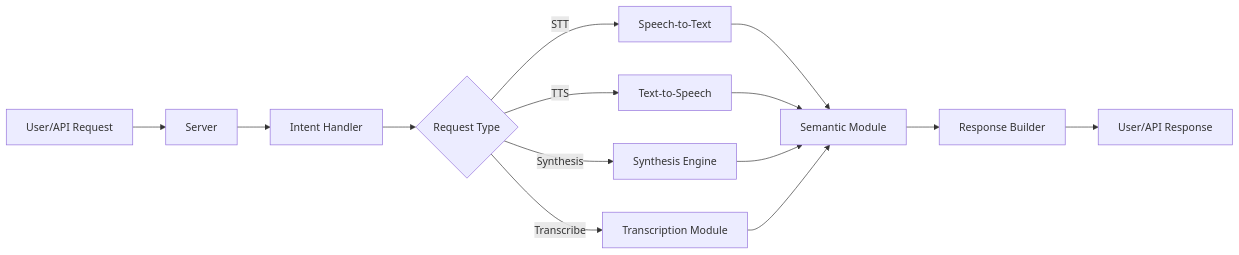
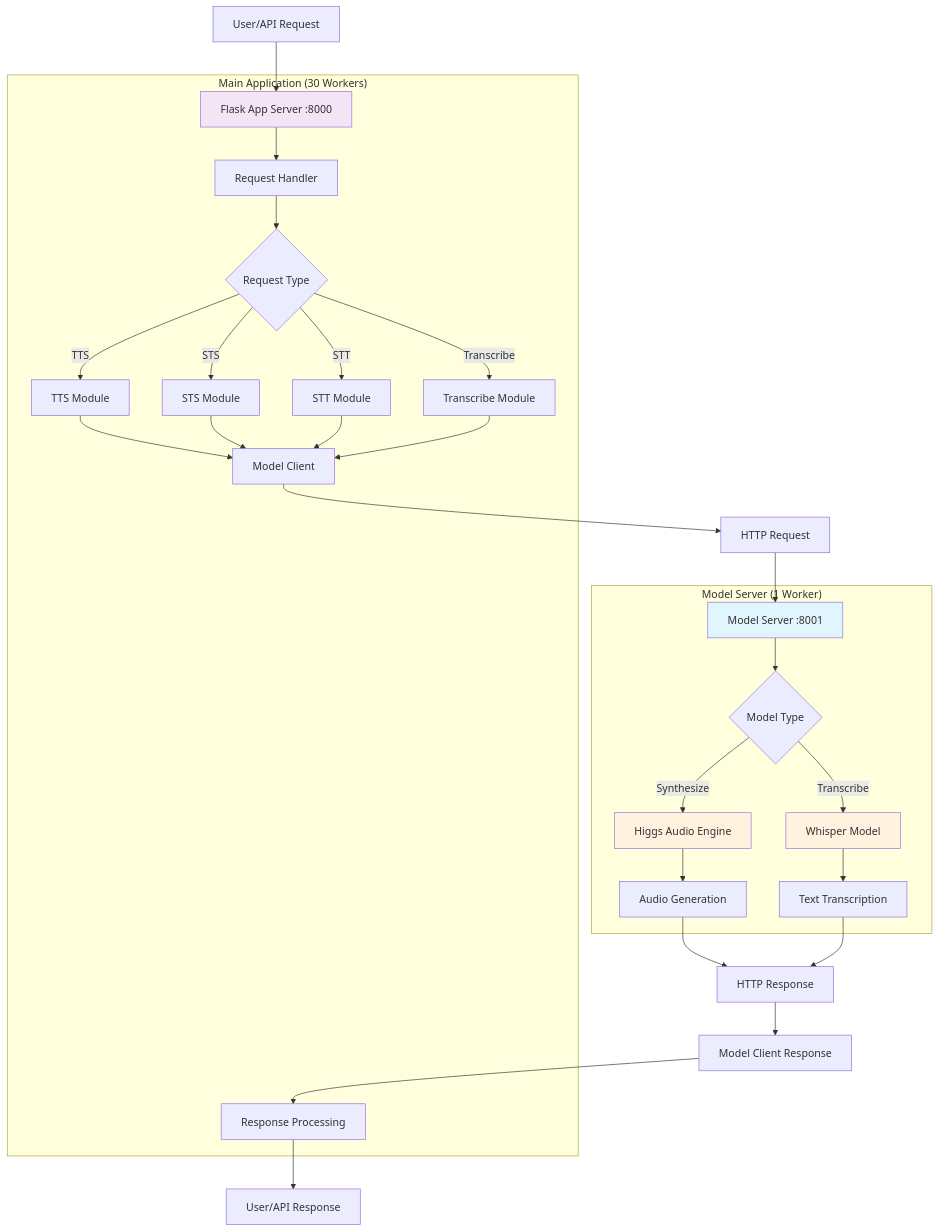
Before and after one commit to shresthashim/elixpo_chapter: the diagram in audio.pollinations/README.md, drawn with Mermaid. The commit also changed other lines of this file, not shown here.

````diff
--- a/audio.pollinations/README.md
+++ b/audio.pollinations/README.md
@@ -27,16 +28,58 @@
 ```mermaid
-flowchart LR
-    A[User/API Request] --> B[Server]
-    B --> C[Intent Handler]
+flowchart TB
+    A[User/API Request] --> B[Flask App Server :8000]
+    B --> C[Request Handler]
     C --> D{Request Type}
-    D -- "STT" --> E[Speech-to-Text]
-    D -- "TTS" --> F[Text-to-Speech]
-    D -- "Synthesis" --> G[Synthesis Engine]
-    D -- "Transcribe" --> H[Transcription Module]
-    E --> I[Semantic Module]
+    
+    D -- "TTS" --> E[TTS Module]
+    D -- "STS" --> F[STS Module] 
+    D -- "STT" --> G[STT Module]
+    D -- "Transcribe" --> H[Transcribe Module]
+    
+    E --> I[Model Client]
     F --> I
     G --> I
     H --> I
-    I --> J[Response Builder]
-    J --> K[User/API Response]
+    
+    I --> J[HTTP Request]
+    J --> K[Model Server :8001]
+    
+    K --> L{Model Type}
+    L -- "Synthesize" --> M[Higgs Audio Engine]
+    L -- "Transcribe" --> N[Whisper Model]
+    
+    M --> O[Audio Generation]
+    N --> P[Text Transcription]
+    
+    O --> Q[HTTP Response]
+    P --> Q
+    Q --> R[Model Client Response]
+    R --> S[Response Processing]
+    S --> T[User/API Response]
+    
+    subgraph "Main Application (30 Workers)"
+        B
+        C
+        D
+        E
+        F
+        G
+        H
+        I
+        S
+    end
+    
+    subgraph "Model Server (1 Worker)"
+        K
+        L
+        M
+        N
+        O
+        P
+    end
+    
+    style K fill:#e1f5fe
+    style B fill:#f3e5f5
+    style M fill:#fff3e0
+    style N fill:#fff3e0
 ```
````
